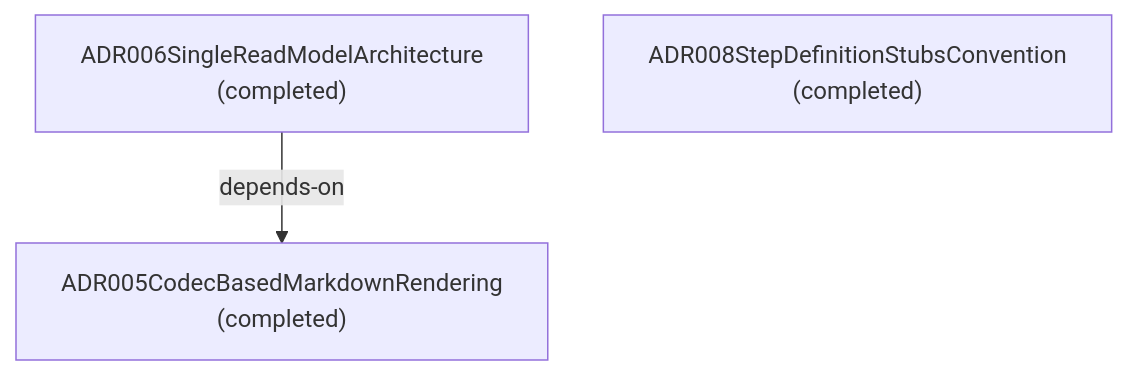
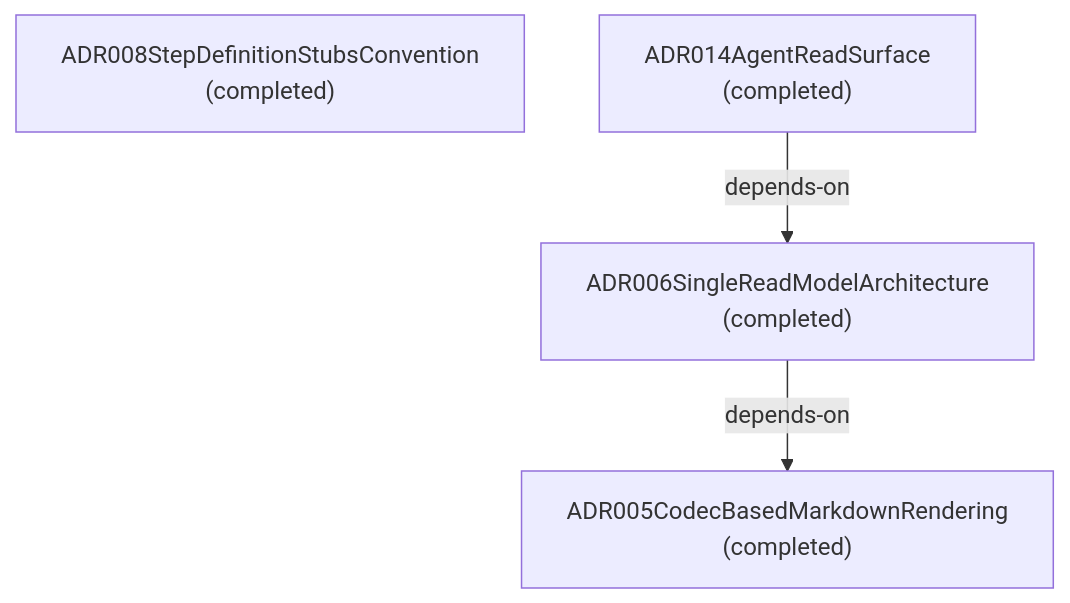
The third of 4 diagrams in docs-live/design-review/by-layer.md (libar-dev/architect), drawn with Mermaid before and after one commit. The commit also changed other lines of this file and 21 other files, not shown here.

First line of the commit message:
docs(live): regenerate docs-live from the reshaped graph

````diff
--- a/docs-live/design-review/by-layer.md
+++ b/docs-live/design-review/by-layer.md
@@ -41,7 +42,9 @@
 ```mermaid
 graph TD
   adr005codecbasedmarkdownrendering["ADR005CodecBasedMarkdownRendering<br/>(completed)"]
   adr006singlereadmodelarchitecture["ADR006SingleReadModelArchitecture<br/>(completed)"]
   adr008stepdefinitionstubsconvention["ADR008StepDefinitionStubsConvention<br/>(completed)"]
+  adr014agentreadsurface["ADR014AgentReadSurface<br/>(completed)"]
   adr006singlereadmodelarchitecture -->|depends-on| adr005codecbasedmarkdownrendering
+  adr014agentreadsurface -->|depends-on| adr006singlereadmodelarchitecture
 ```
````
